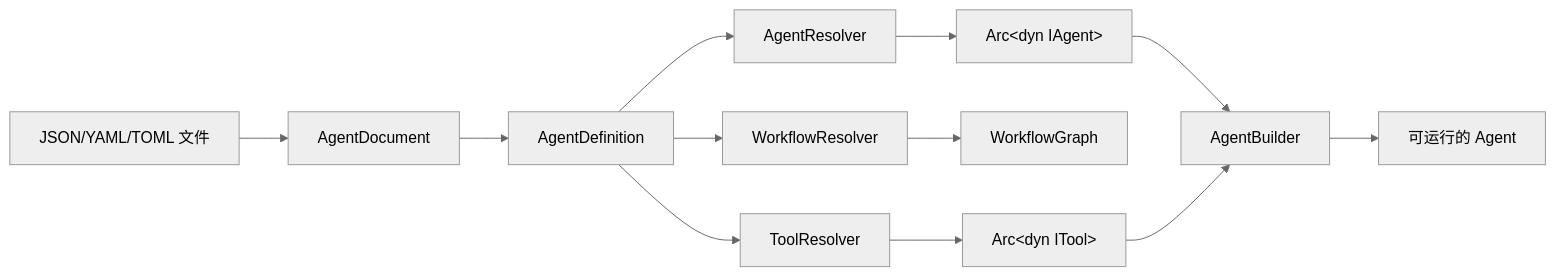
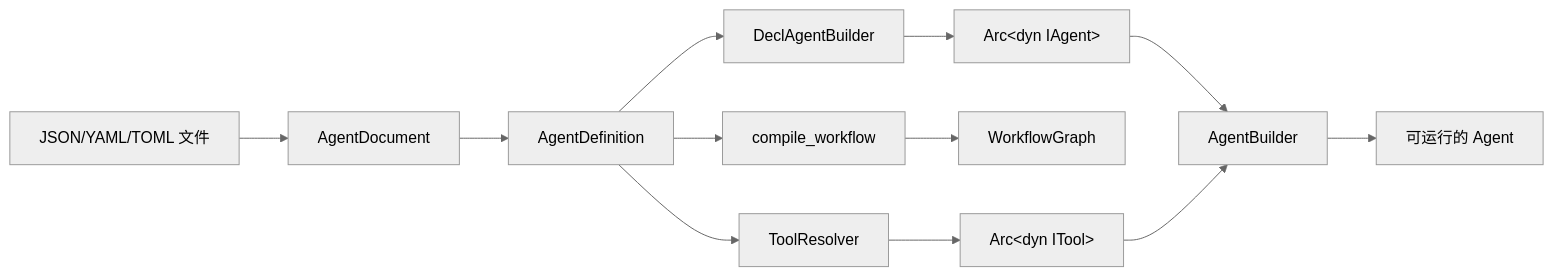
Before and after one commit to Rust-Framework/rust-agent-framework: the second of 2 diagrams in docs/10-macros-declarative/declarative-config.md, drawn with Mermaid (neutral theme). The commit also changed other lines of this file and 16 other files, not shown here.

````diff
--- a/docs/10-macros-declarative/declarative-config.md
+++ b/docs/10-macros-declarative/declarative-config.md
@@ -445,14 +433,14 @@
 ```mermaid
 flowchart LR
     A[JSON/YAML/TOML 文件] --> B[AgentDocument]
     B --> C[AgentDefinition]
-    C --> D[AgentResolver]
-    C --> E[WorkflowResolver]
+    C --> D[DeclAgentBuilder]
+    C --> E[compile_workflow]
     C --> F[ToolResolver]
     D --> G[Arc&lt;dyn IAgent&gt;]
     E --> H[WorkflowGraph]
     F --> I[Arc&lt;dyn ITool&gt;]
     G --> J[AgentBuilder]
     I --> J
     J --> K[可运行的 Agent]
 ```
````
